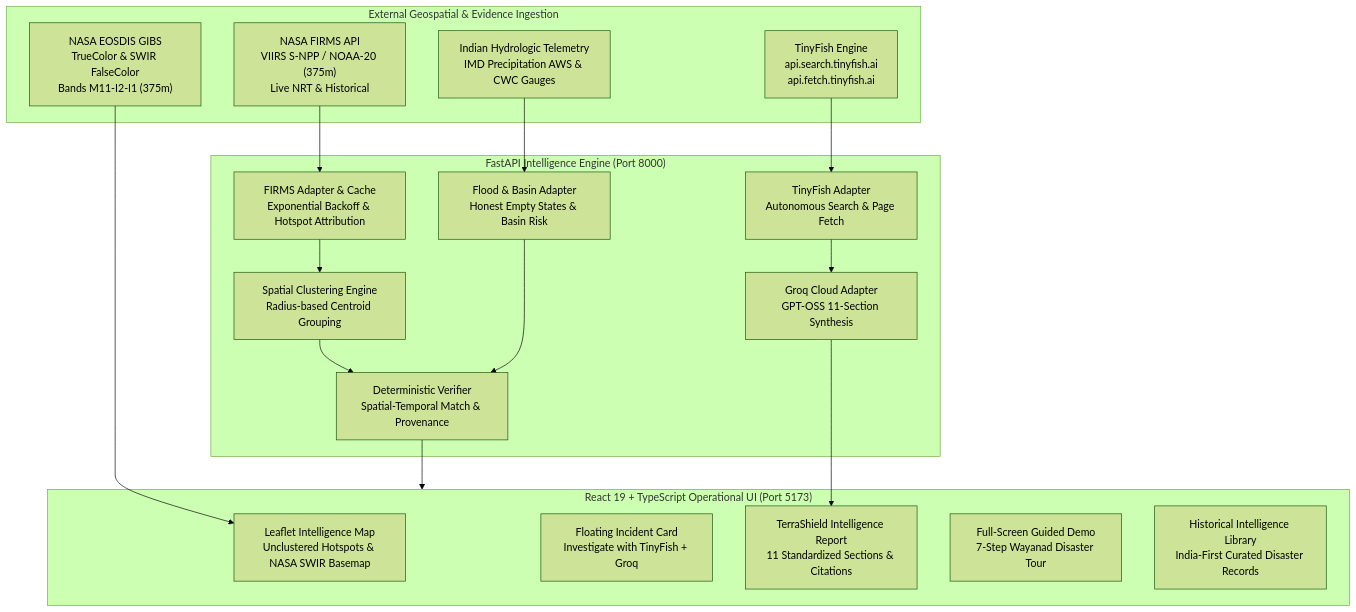
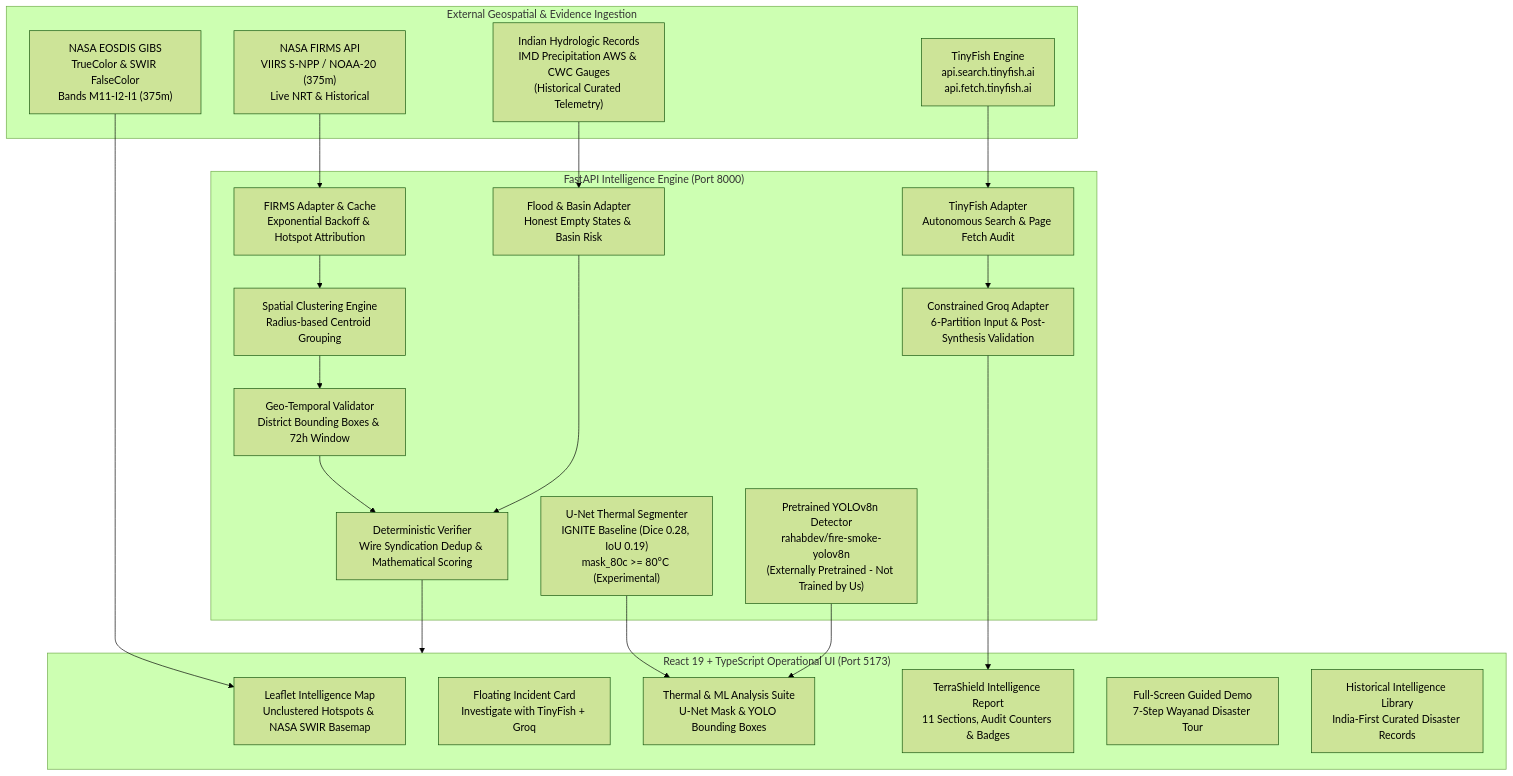
The diagram in README.md (Gagguverse/TerraShield-AI), drawn with Mermaid (forest theme) before and after one commit. The commit also changed other lines of this file, not shown here.

````diff
--- a/README.md
+++ b/README.md
@@ -25,37 +50,44 @@
 ```mermaid
 flowchart TD
     subgraph DataSources["External Geospatial & Evidence Ingestion"]
         FIRMS["NASA FIRMS API<br/>VIIRS S-NPP / NOAA-20 (375m)<br/>Live NRT & Historical"]
         GIBS["NASA EOSDIS GIBS<br/>TrueColor & SWIR FalseColor<br/>Bands M11-I2-I1 (375m)"]
         TF["TinyFish Engine<br/>api.search.tinyfish.ai<br/>api.fetch.tinyfish.ai"]
-        CWC["Indian Hydrologic Telemetry<br/>IMD Precipitation AWS & CWC Gauges"]
+        IMD["Indian Hydrologic Records<br/>IMD Precipitation AWS & CWC Gauges<br/>(Historical Curated Telemetry)"]
     end
 
     subgraph BackendCore["FastAPI Intelligence Engine (Port 8000)"]
         FA["FIRMS Adapter & Cache<br/>Exponential Backoff & Hotspot Attribution"]
         FLA["Flood & Basin Adapter<br/>Honest Empty States & Basin Risk"]
         Cluster["Spatial Clustering Engine<br/>Radius-based Centroid Grouping"]
-        VE["Deterministic Verifier<br/>Spatial-Temporal Match & Provenance"]
-        TFA["TinyFish Adapter<br/>Autonomous Search & Page Fetch"]
-        GROQ["Groq Cloud Adapter<br/>GPT-OSS 11-Section Synthesis"]
+        GTV["Geo-Temporal Validator<br/>District Bounding Boxes & 72h Window"]
+        VE["Deterministic Verifier<br/>Wire Syndication Dedup & Mathematical Scoring"]
+        ML_UNET["U-Net Thermal Segmenter<br/>IGNITE Baseline (Dice 0.28, IoU 0.19)<br/>mask_80c >= 80°C (Experimental)"]
+        ML_YOLO["Pretrained YOLOv8n Detector<br/>rahabdev/fire-smoke-yolov8n<br/>(Externally Pretrained - Not Trained by Us)"]
+        TFA["TinyFish Adapter<br/>Autonomous Search & Page Fetch Audit"]
+        GROQ["Constrained Groq Adapter<br/>6-Partition Input & Post-Synthesis Validation"]
     end
 
     subgraph FrontendApp["React 19 + TypeScript Operational UI (Port 5173)"]
         Map["Leaflet Intelligence Map<br/>Unclustered Hotspots & NASA SWIR Basemap"]
         Detail["Floating Incident Card<br/>Investigate with TinyFish + Groq"]
-        Report["TerraShield Intelligence Report<br/>11 Standardized Sections & Citations"]
+        MLSuite["Thermal & ML Analysis Suite<br/>U-Net Mask & YOLO Bounding Boxes"]
+        Report["TerraShield Intelligence Report<br/>11 Sections, Audit Counters & Badges"]
         Demo["Full-Screen Guided Demo<br/>7-Step Wayanad Disaster Tour"]
         Archive["Historical Intelligence Library<br/>India-First Curated Disaster Records"]
     end
 
     FIRMS --> FA
     GIBS --> Map
-    CWC --> FLA
+    IMD --> FLA
     FA --> Cluster
-    Cluster --> VE
+    Cluster --> GTV
+    GTV --> VE
     FLA --> VE
     TF --> TFA
     TFA --> GROQ
     GROQ --> Report
     VE --> FrontendApp
+    ML_UNET --> MLSuite
+    ML_YOLO --> MLSuite
 ```
````
